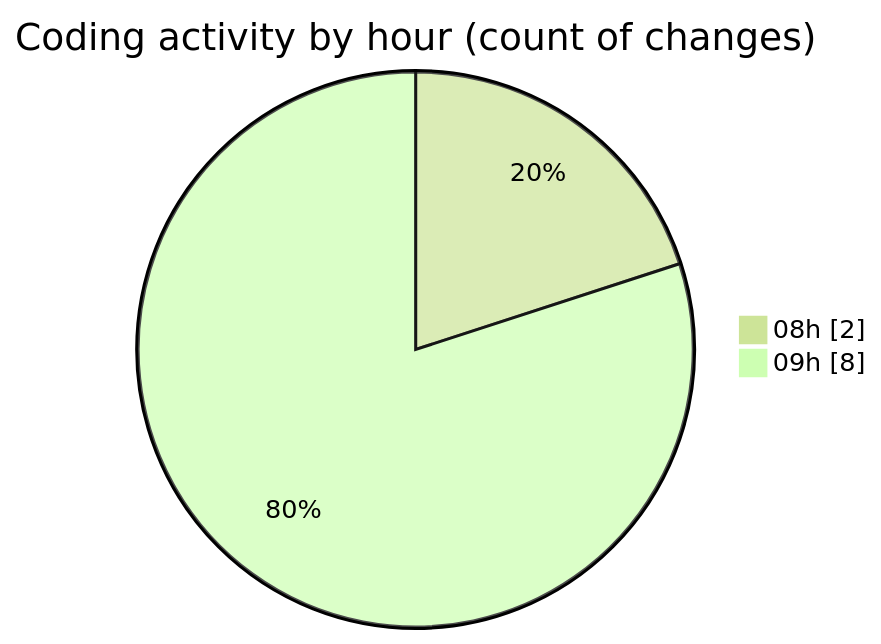
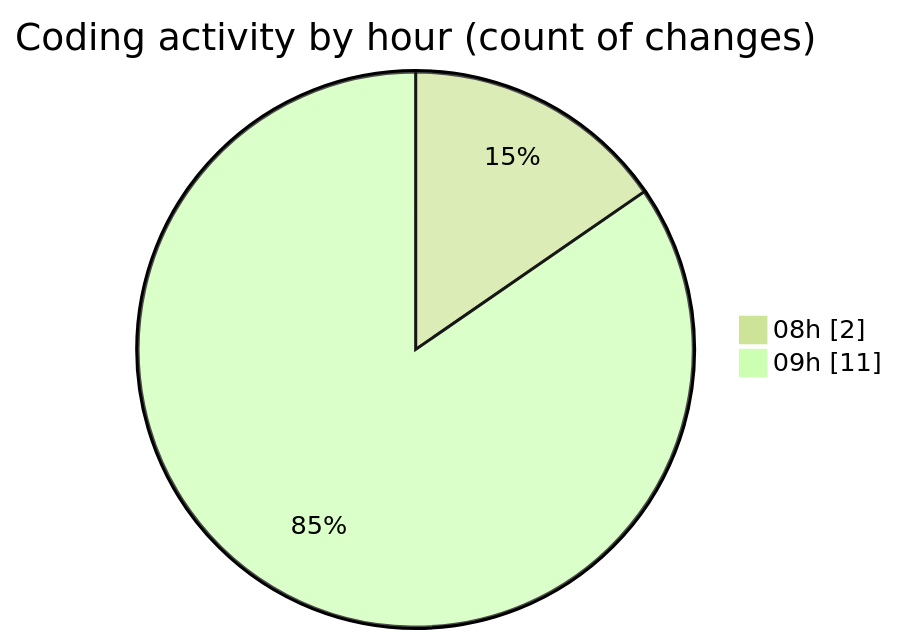
The second of 2 diagrams in 2026-08-20/lab2/README.md (Unknowalive/code-tracking), drawn with Mermaid (forest theme) before and after one commit. The commit also changed other lines of this file and 1 other file, not shown here.

````diff
--- a/2026-08-20/lab2/README.md
+++ b/2026-08-20/lab2/README.md
@@ -32,6 +33,6 @@
 ```mermaid
 pie showData
 title Coding activity by hour (count of changes)
 "08h" : 2
-"09h" : 8
+"09h" : 11
 ```
````
